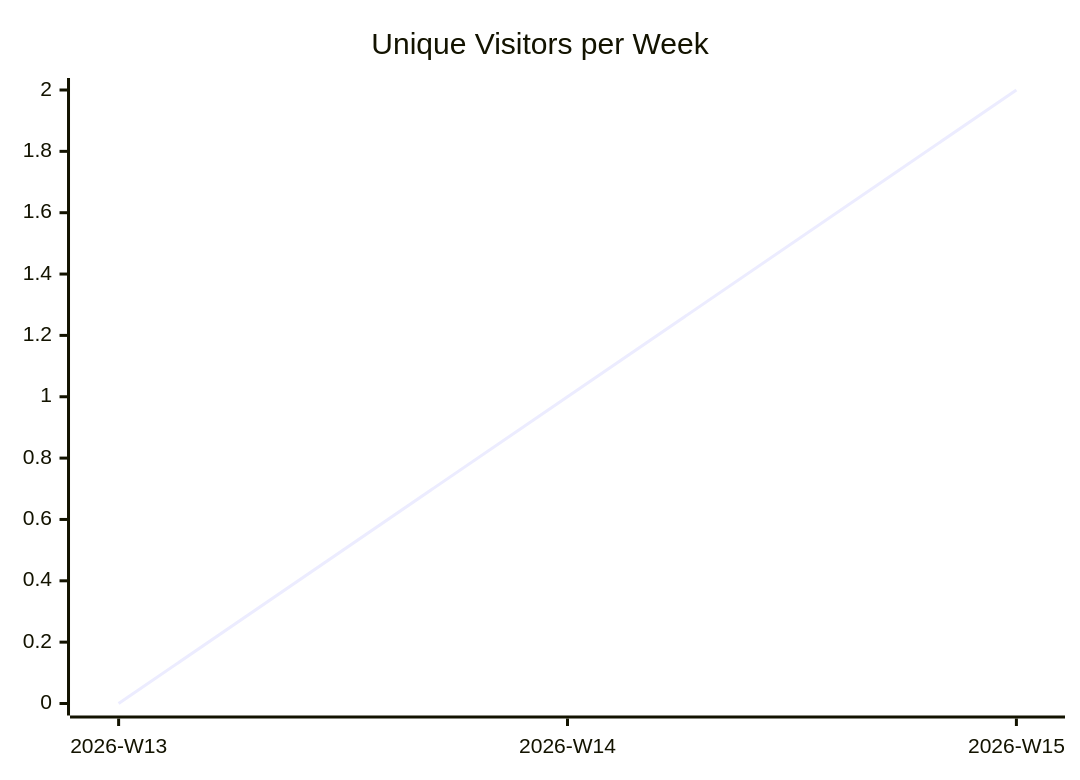
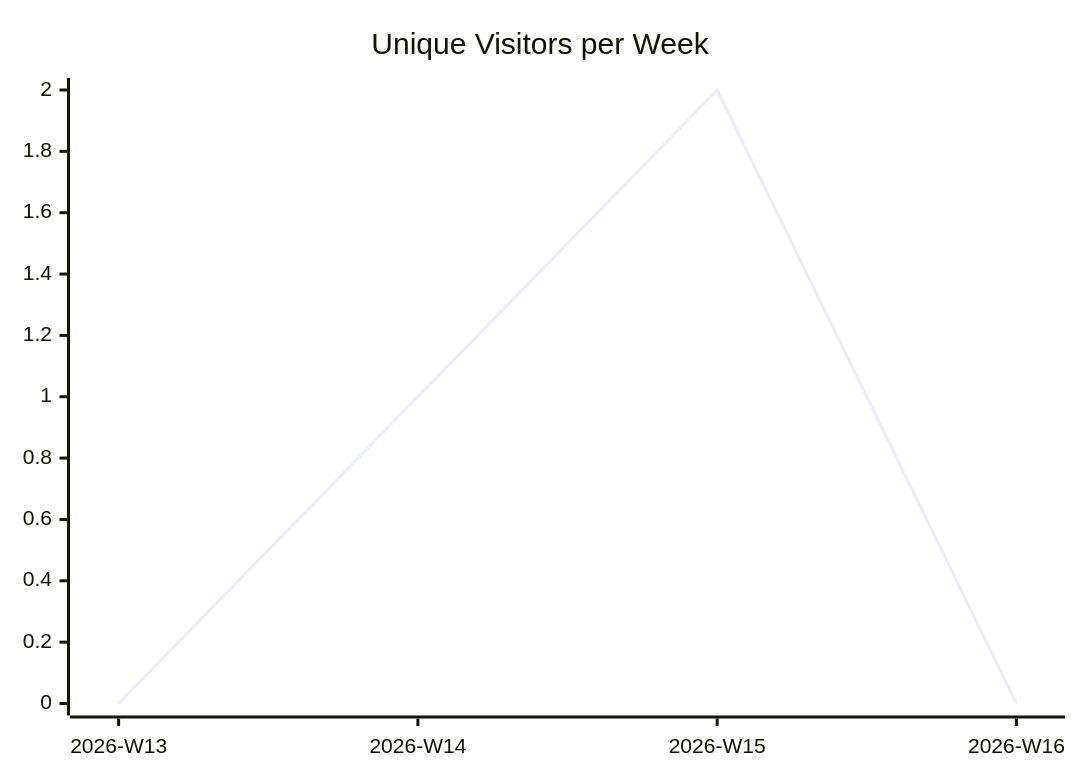
The first of 3 diagrams in justdavis-family/justdavis/README.md (justdavis-family/github-analytics-data), drawn with Mermaid before and after one commit. The commit also changed other lines of this file and 173 other files, not shown here.

````diff
--- a/justdavis-family/justdavis/README.md
+++ b/justdavis-family/justdavis/README.md
@@ -5,6 +5,6 @@
 ```mermaid
 xychart-beta
   title "Unique Visitors per Week"
-  x-axis ["2026-W13", "2026-W14", "2026-W15"]
-  line [0, 1, 2]
+  x-axis ["2026-W13", "2026-W14", "2026-W15", "2026-W16"]
+  line [0, 1, 2, 0]
 ```
````
